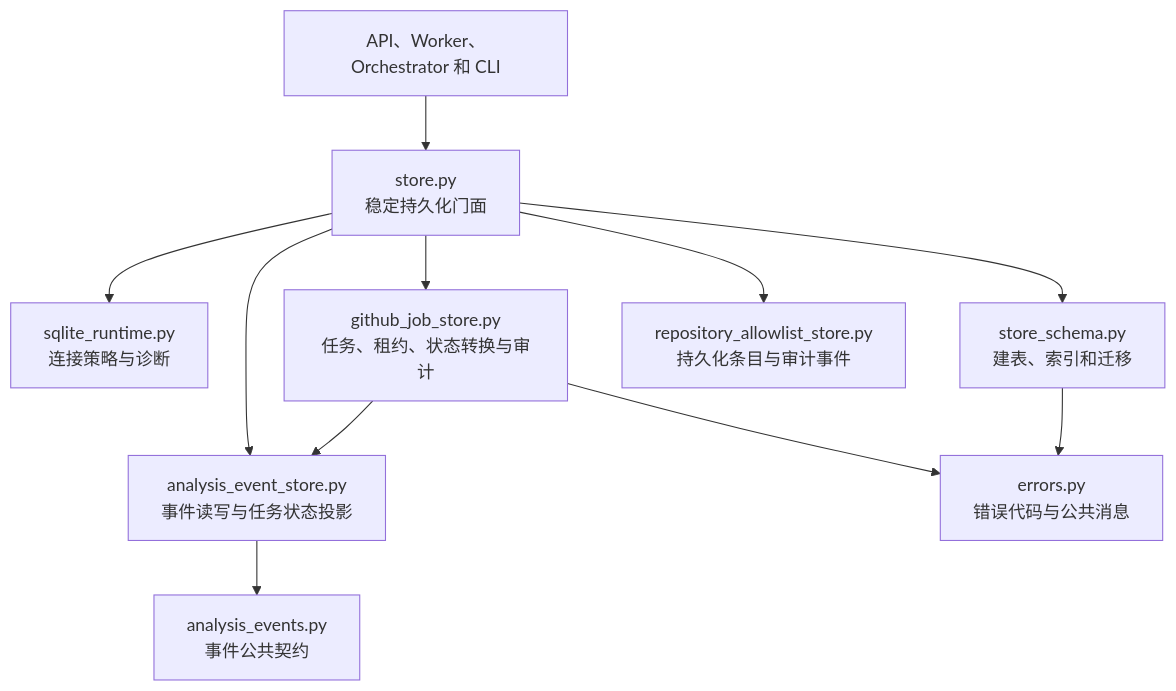
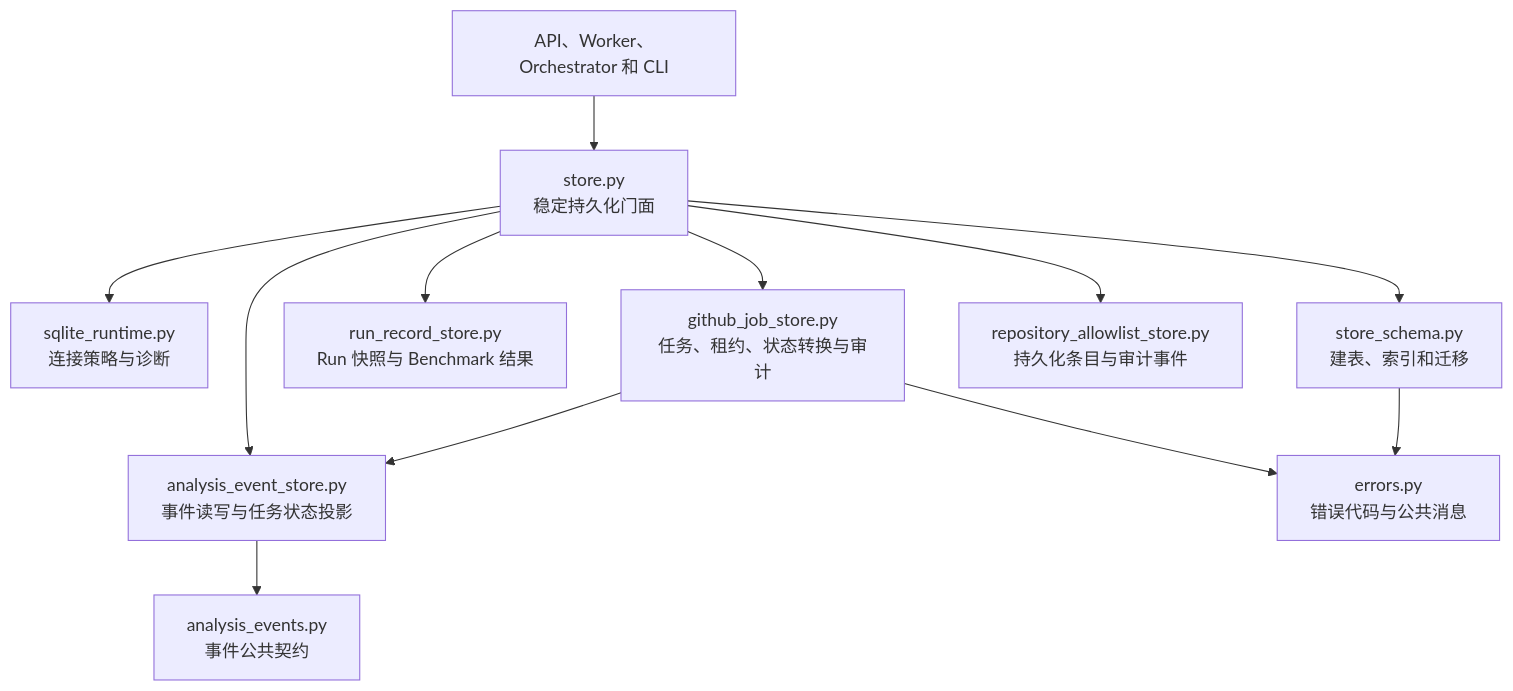
The diagram in docs/architecture/core-module-boundaries.md (ailiujiarui/chouxiang), drawn with Mermaid before and after one commit. The commit also changed other lines of this file and 3 other files, not shown here.

Commit message:
refactor: extract run record store

````diff
--- a/docs/architecture/core-module-boundaries.md
+++ b/docs/architecture/core-module-boundaries.md
@@ -10,13 +10,14 @@
 ```mermaid
 flowchart TD
     CALLERS["API、Worker、Orchestrator 和 CLI"] --> STORE["store.py\n稳定持久化门面"]
     STORE --> RUNTIME["sqlite_runtime.py\n连接策略与诊断"]
     STORE --> SCHEMA["store_schema.py\n建表、索引和迁移"]
     STORE --> EVENTS["analysis_event_store.py\n事件读写与任务状态投影"]
+    STORE --> RUNS["run_record_store.py\nRun 快照与 Benchmark 结果"]
     STORE --> JOBS["github_job_store.py\n任务、租约、状态转换与审计"]
     STORE --> ALLOWLIST["repository_allowlist_store.py\n持久化条目与审计事件"]
     JOBS --> EVENTS
     EVENTS --> CONTRACTS["analysis_events.py\n事件公共契约"]
     JOBS --> ERRORS["errors.py\n错误代码与公共消息"]
     SCHEMA --> ERRORS["errors.py\n错误代码与公共消息"]
 ```
````
